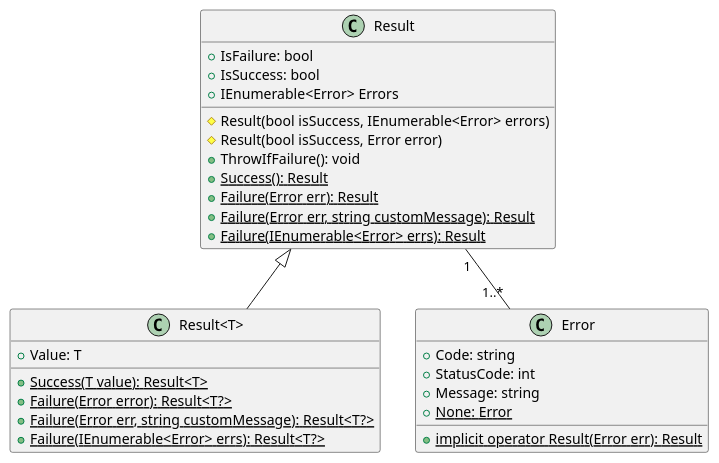
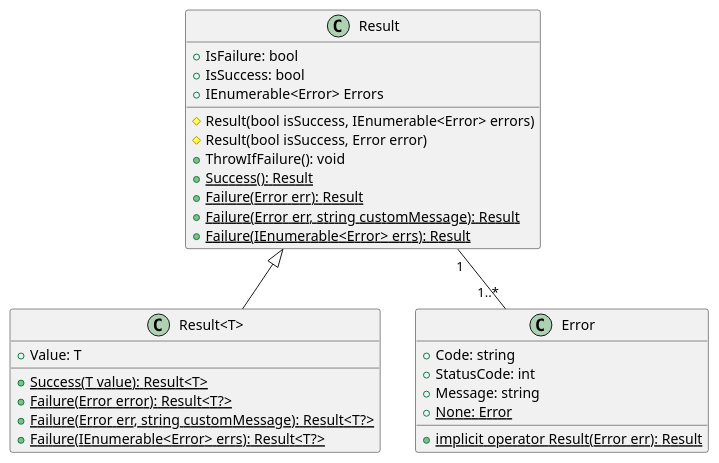
The diagram in doc/SDS/CommonClassDiagram/ResultAndError.plantuml (Carl-Johnsons/tastopia), drawn with PlantUML before and after one commit. The commit also changed 10 other files, not shown here.

Commit message:
doc: refactor recipe class diagram

```diff
--- a/doc/SDS/CommonClassDiagram/ResultAndError.plantuml
+++ b/doc/SDS/CommonClassDiagram/ResultAndError.plantuml
@@ -1,33 +1,35 @@
 @startuml ResultAndError
+together {
+    class Result {
+        +IsFailure: bool
+        +IsSuccess: bool
+        +IEnumerable<Error> Errors
+        #Result(bool isSuccess, IEnumerable<Error> errors)
+        #Result(bool isSuccess, Error error)
+        +ThrowIfFailure(): void
+        {static} +Success(): Result
+        {static} +Failure(Error err): Result
+        {static} +Failure(Error err, string customMessage): Result
+        {static} +Failure(IEnumerable<Error> errs): Result
+    }
 
-class Result {
-    +IsFailure: bool
-    +IsSuccess: bool
-    +IEnumerable<Error> Errors
-    #Result(bool isSuccess, IEnumerable<Error> errors)
-    #Result(bool isSuccess, Error error)
-    +ThrowIfFailure(): void
-    {static} +Success(): Result
-    {static} +Failure(Error err): Result
-    {static} +Failure(Error err, string customMessage): Result
-    {static} +Failure(IEnumerable<Error> errs): Result
+    class "Result<T>" {
+        +Value: T
+        {static} +Success(T value): Result<T>
+        {static} +Failure(Error error): Result<T?>
+        {static} +Failure(Error err, string customMessage): Result<T?>
+        {static} +Failure(IEnumerable<Error> errs): Result<T?>
+    }
+
+    class Error {
+        +Code: string
+        +StatusCode: int
+        +Message: string
+        {static} +None: Error
+        {static} +implicit operator Result(Error err): Result
+    }
 }
 
-class "Result<T>" {
-    +Value: T
-    {static} +Success(T value): Result<T>
-    {static} +Failure(Error error): Result<T?>
-    {static} +Failure(Error err, string customMessage): Result<T?>
-    {static} +Failure(IEnumerable<Error> errs): Result<T?>
-}
-
-class Error {
-    +Code: string
-    +StatusCode: int
-    +Message: string
-    {static} +None: Error
-    {static} +implicit operator Result(Error err): Result
-}
 Result "1" --"1..*" Error
 Result <|-- "Result<T>"
 @enduml
```
